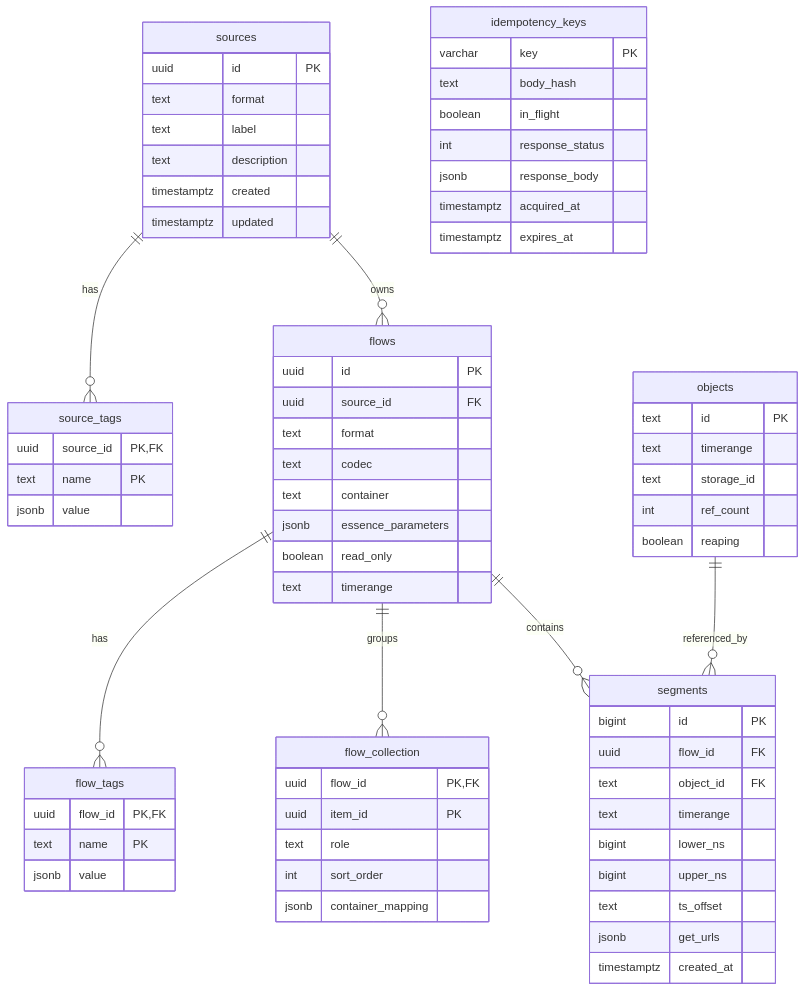
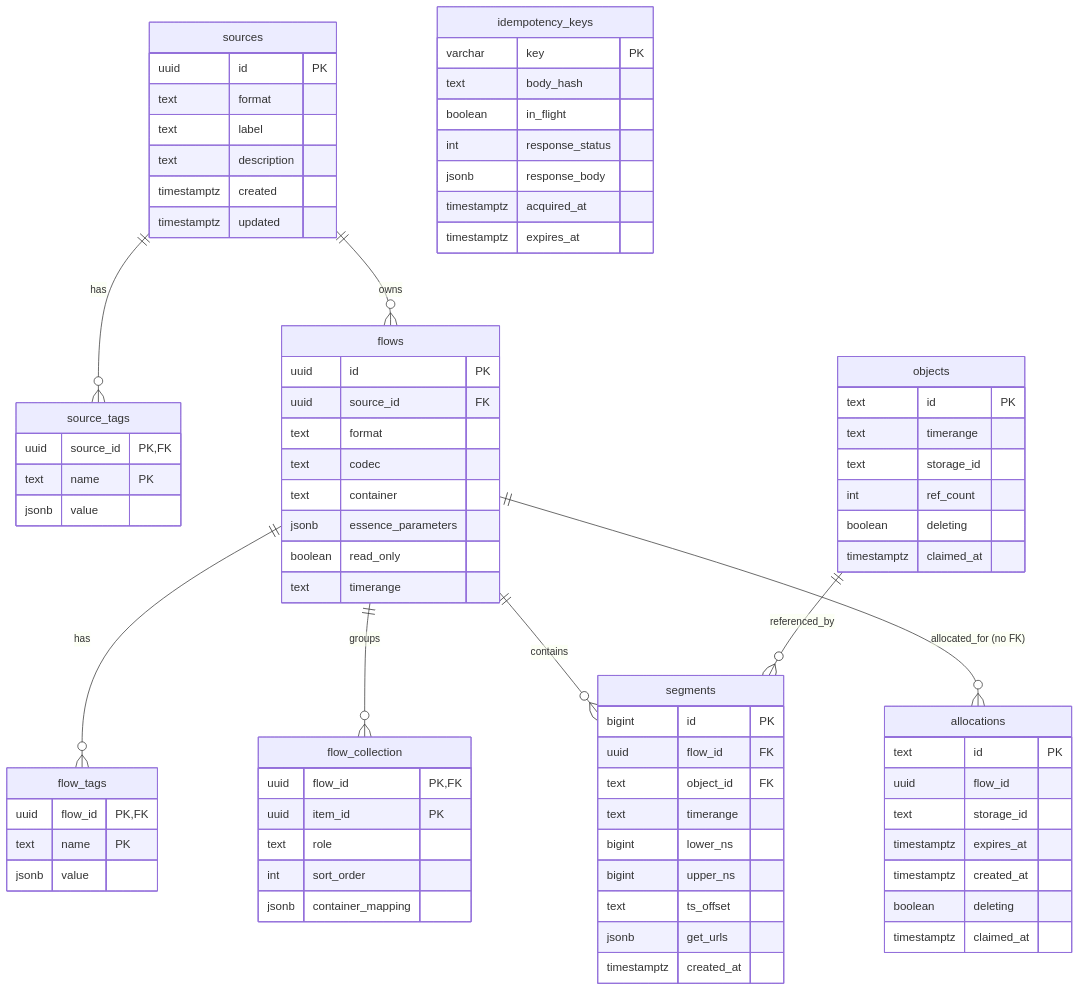
The diagram in docs/architecture/metadata-model.md (amagioss/OpenTAMS), drawn with Mermaid before and after one commit. The commit also changed other lines of this file and 22 other files, not shown here.

```diff
--- a/docs/architecture/metadata-model.md
+++ b/docs/architecture/metadata-model.md
@@ -14,6 +14,7 @@
     flows ||--o{ flow_collection : groups
     flows ||--o{ segments : contains
     objects ||--o{ segments : referenced_by
+    flows ||--o{ allocations : "allocated_for (no FK)"
 
     sources {
         uuid id PK
@@ -60,7 +61,18 @@
         text timerange
         text storage_id
         int ref_count
-        boolean reaping
+        boolean deleting
+        timestamptz claimed_at
+    }
+
+    allocations {
+        text id PK
+        uuid flow_id
+        text storage_id
+        timestamptz expires_at
+        timestamptz created_at
+        boolean deleting
+        timestamptz claimed_at
     }
 
     segments {
```
